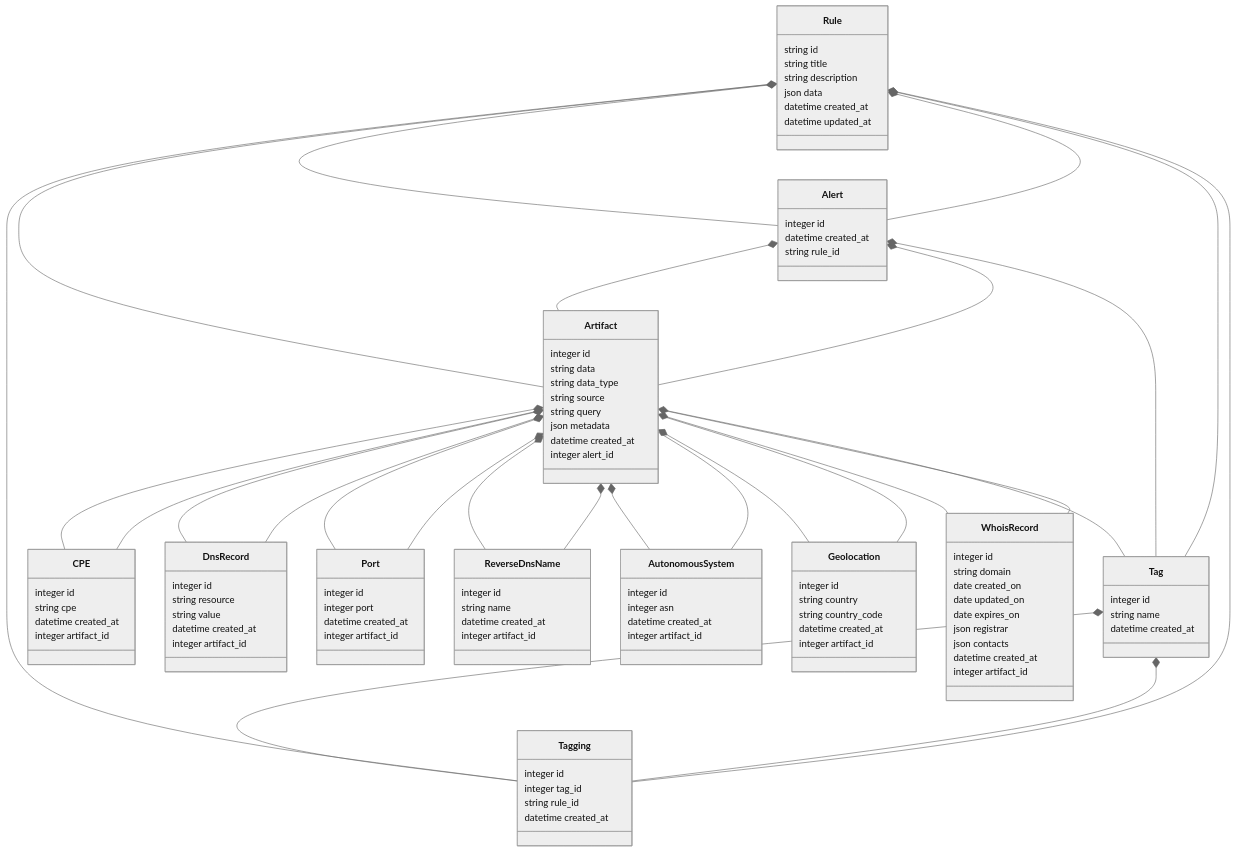
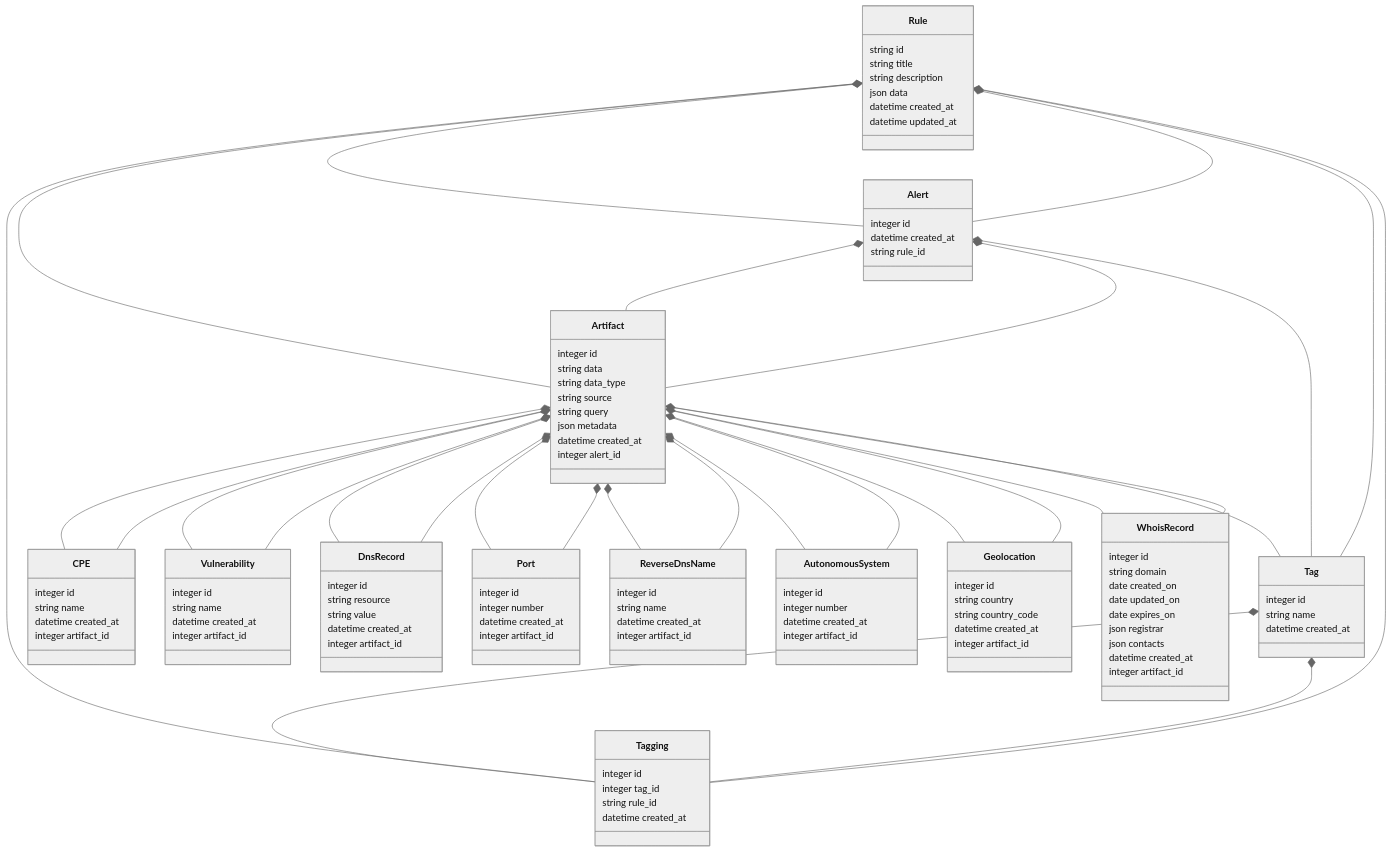
The first of 2 diagrams in docs/diagrams.md (ninoseki/mihari), drawn with Mermaid (neutral theme) before and after one commit. The commit also changed other lines of this file and 43 other files, not shown here.

```diff
--- a/docs/diagrams.md
+++ b/docs/diagrams.md
@@ -37,6 +37,7 @@
   }
   Artifact --* Alert
   Artifact *-- CPE
+  Artifact *-- Vulnerability
   Artifact *-- DnsRecord
   Artifact *-- Port
   Artifact *-- ReverseDnsName
@@ -48,7 +49,7 @@
 
   class AutonomousSystem {
     integer id
-    integer asn
+    integer number
     datetime created_at
     integer artifact_id
   }
@@ -56,7 +57,7 @@
 
   class Port {
     integer id
-    integer port
+    integer number
     datetime created_at
     integer artifact_id
   }
@@ -64,11 +65,19 @@
 
   class CPE {
     integer id
-    string cpe
+    string name
     datetime created_at
     integer artifact_id
   }
   CPE --* Artifact
+
+  class Vulnerability {
+    integer id
+    string name
+    datetime created_at
+    integer artifact_id
+  }
+  Vulnerability --* Artifact
 
   class DnsRecord {
     integer id
```
